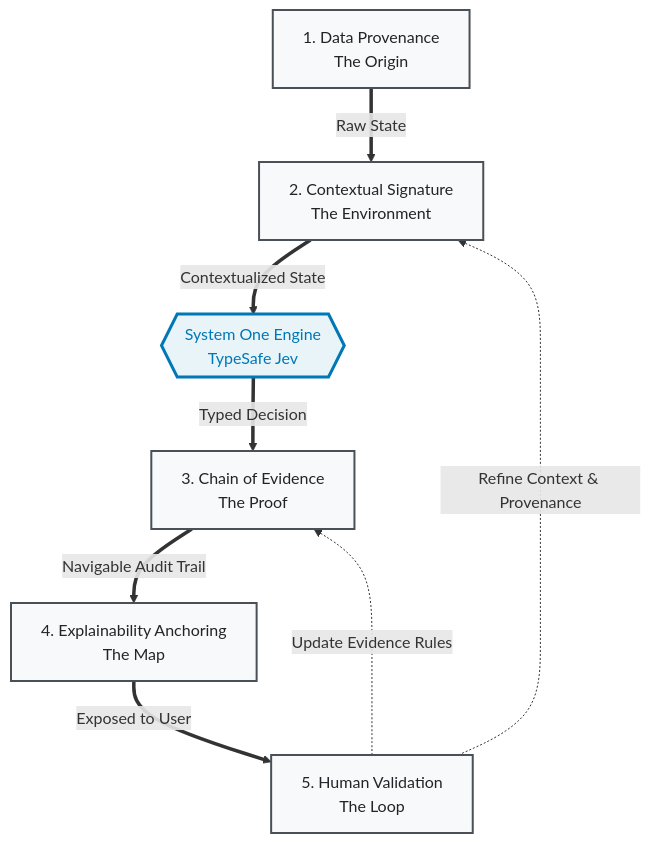
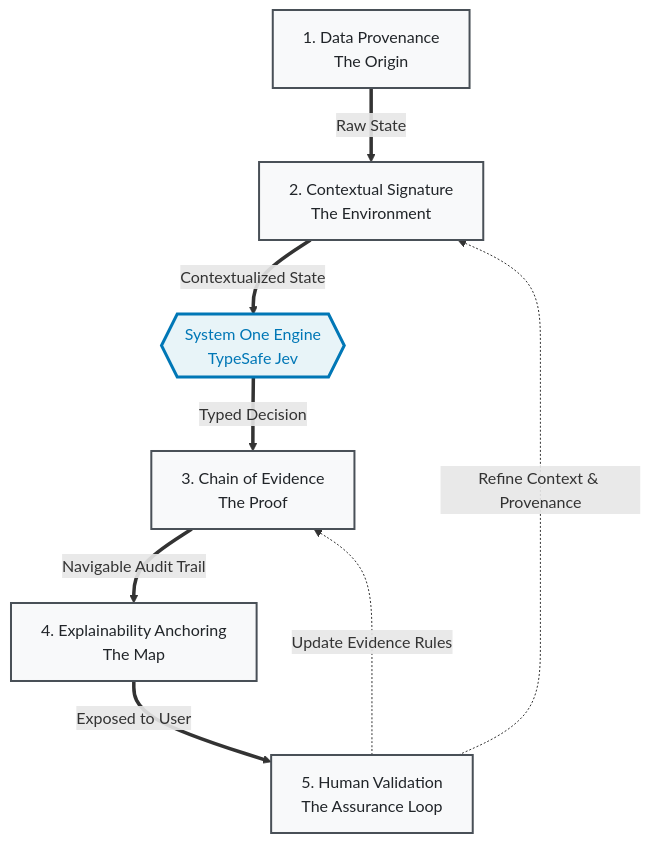
One commit to Source-Engineering/.github changed the diagram in profile/README.md. Above: the diagram before and after it, drawn with Mermaid. The commit also changed other lines of this file, not shown here.

Commit message:
Refine terminology and adjust header formatting
Updated the term 'The Loop' to 'The Assurance Loop' for clarity. Changed header from '###' to '##' for consistency in formatting.

````diff
--- a/profile/README.md
+++ b/profile/README.md
@@ -134,28 +134,28 @@
 ```mermaid
 flowchart TD
     %% Define Styles
     classDef pillar fill:#f8f9fa,stroke:#495057,stroke-width:2px,color:#212529;
     classDef engine fill:#e8f4f8,stroke:#0077b6,stroke-width:3px,color:#0077b6;
     classDef feedback stroke:#e74c3c,color:#e74c3c,stroke-width:2px;
 
     %% The 5 Pillars
     P1[1. Data Provenance\nThe Origin]:::pillar
     P2[2. Contextual Signature\nThe Environment]:::pillar
     P3[3. Chain of Evidence\nThe Proof]:::pillar
     P4[4. Explainability Anchoring\nThe Map]:::pillar
-    P5[5. Human Validation\nThe Loop]:::pillar
+    P5[5. Human Validation\nThe Assurance Loop]:::pillar
     
     %% Execution Engine
     Engine{{System One Engine\nTypeSafe Jev}}:::engine
 
     %% Sequential Flow (The Chain)
     P1 ==>|Raw State| P2
     P2 ==>|Contextualized State| Engine
     Engine ==>|Typed Decision| P3
     P3 ==>|Navigable Audit Trail| P4
     P4 ==>|Exposed to User| P5
 
     %% Feedback Loop (The Cybernetic Cycle)
     P5 -.->|Refine Context & Provenance| P2
     P5 -.->|Update Evidence Rules| P3
 ```
````
